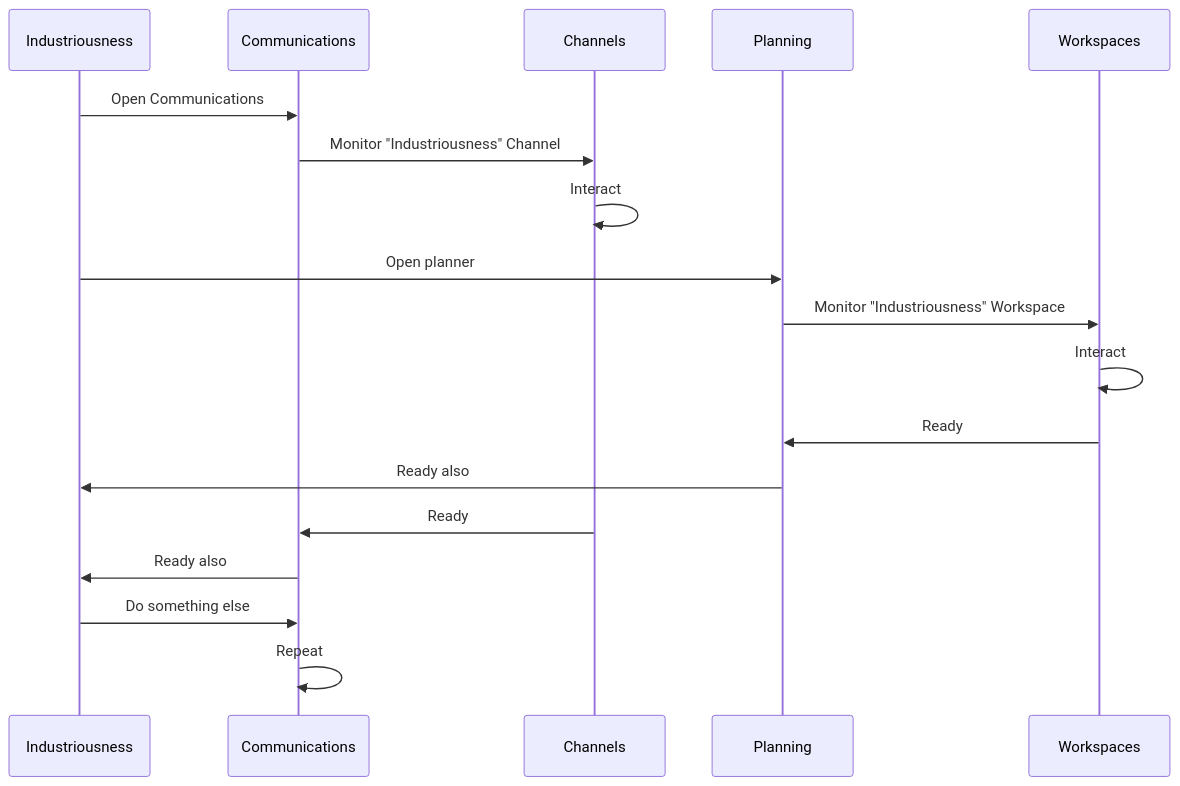
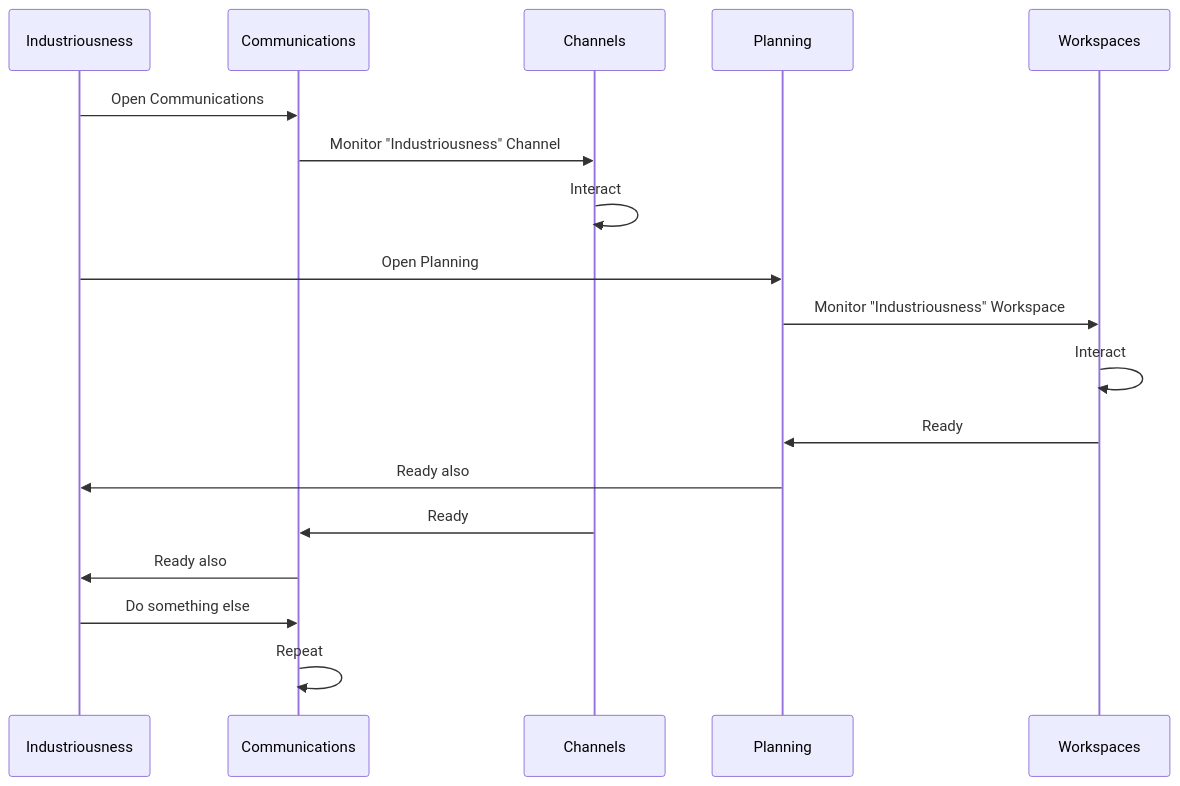
Before and after one commit to vanHeemstraSystems/industriousness: the second of 2 diagrams in 300/README.md, drawn with Mermaid. The commit also changed other lines of this file, not shown here.

````diff
--- a/300/README.md
+++ b/300/README.md
@@ -21,20 +21,20 @@
 ```mermaid
 sequenceDiagram
     participant Industriousness
     participant Communications
     participant Channels
     participant Planning
     participant Workspaces
     Industriousness->>Communications: Open Communications
     Communications->>Channels: Monitor "Industriousness" Channel
     Channels->>Channels: Interact
-    Industriousness->>Planning: Open planner
+    Industriousness->>Planning: Open Planning
     Planning->>Workspaces: Monitor "Industriousness" Workspace
     Workspaces->>Workspaces: Interact
     Workspaces->>Planning: Ready
     Planning->>Industriousness: Ready also
     Channels->>Communications: Ready
     Communications->>Industriousness: Ready also
     Industriousness->>Communications: Do something else
     Communications->>Communications: Repeat
 ```
````
